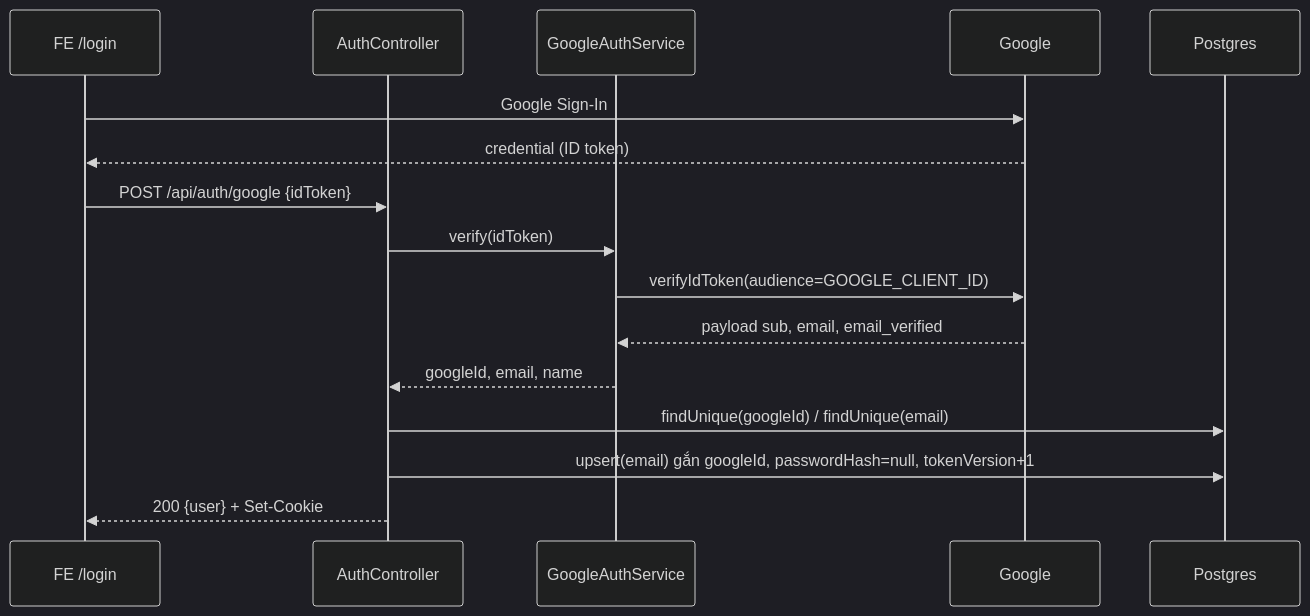
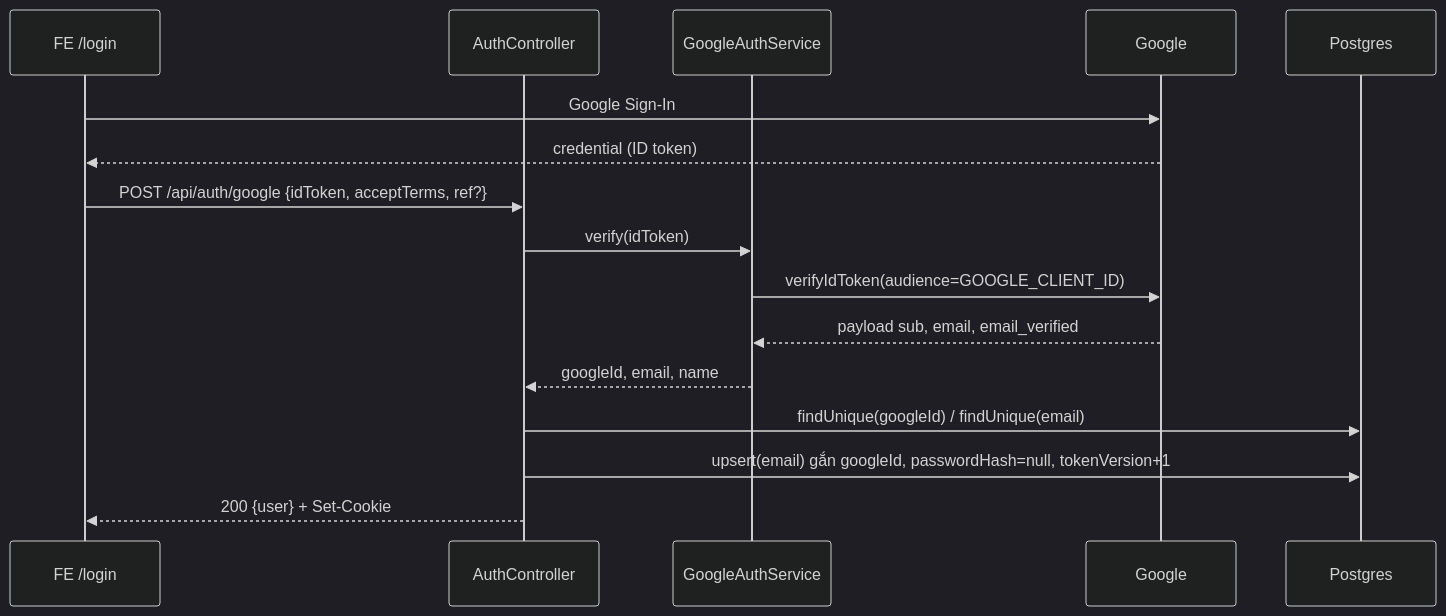
The fourth of 6 diagrams in docs/business-flows/modules/auth.md (BuiThienHoang221204/ai-job-search), drawn with Mermaid (dark theme) before and after one commit. The commit also changed other lines of this file and 35 other files, not shown here.

````diff
--- a/docs/business-flows/modules/auth.md
+++ b/docs/business-flows/modules/auth.md
@@ -285,18 +311,18 @@
 ```mermaid
 sequenceDiagram
     participant FE as FE /login
     participant API as AuthController
     participant GA as GoogleAuthService
     participant G as Google
     participant DB as Postgres
     FE->>G: Google Sign-In
     G-->>FE: credential (ID token)
-    FE->>API: POST /api/auth/google {idToken}
+    FE->>API: POST /api/auth/google {idToken, acceptTerms, ref?}
     API->>GA: verify(idToken)
     GA->>G: verifyIdToken(audience=GOOGLE_CLIENT_ID)
     G-->>GA: payload sub, email, email_verified
     GA-->>API: googleId, email, name
     API->>DB: findUnique(googleId) / findUnique(email)
     API->>DB: upsert(email) gắn googleId, passwordHash=null, tokenVersion+1
     API-->>FE: 200 {user} + Set-Cookie
 ```
````
